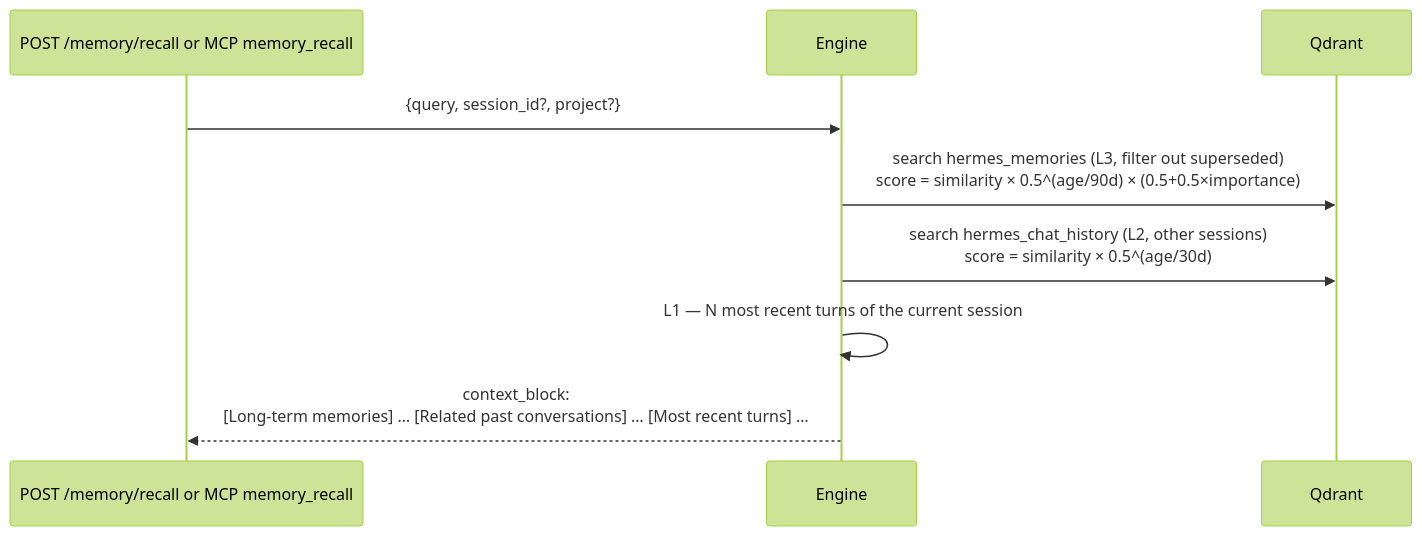
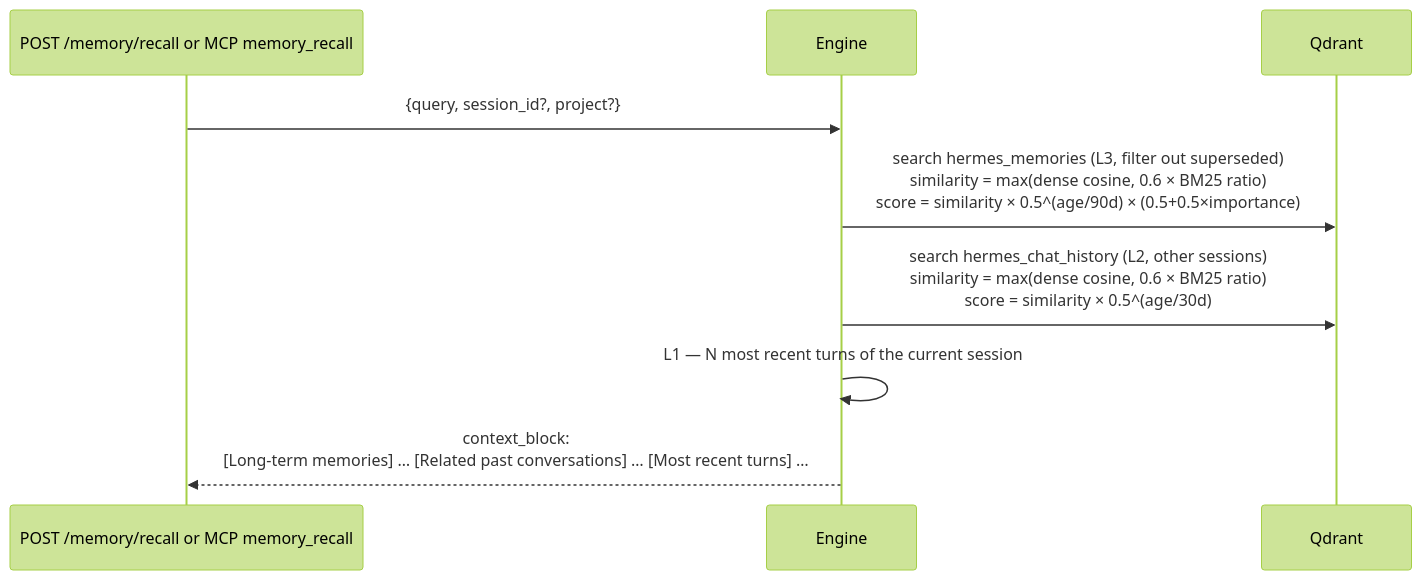
The fourth of 5 diagrams in ARCHITECTURE.md (ngocthanh06/hermes-longterm-memory), drawn with Mermaid (forest theme) before and after one commit. The commit also changed other lines of this file and 14 other files, not shown here.

````diff
--- a/ARCHITECTURE.md
+++ b/ARCHITECTURE.md
@@ -118,12 +118,12 @@
 ```mermaid
 sequenceDiagram
     participant Caller as POST /memory/recall or MCP memory_recall
     participant Engine
     participant Qdrant
 
     Caller->>Engine: {query, session_id?, project?}
-    Engine->>Qdrant: search hermes_memories (L3, filter out superseded)<br/>score = similarity × 0.5^(age/90d) × (0.5+0.5×importance)
-    Engine->>Qdrant: search hermes_chat_history (L2, other sessions)<br/>score = similarity × 0.5^(age/30d)
+    Engine->>Qdrant: search hermes_memories (L3, filter out superseded)<br/>similarity = max(dense cosine, 0.6 × BM25 ratio)<br/>score = similarity × 0.5^(age/90d) × (0.5+0.5×importance)
+    Engine->>Qdrant: search hermes_chat_history (L2, other sessions)<br/>similarity = max(dense cosine, 0.6 × BM25 ratio)<br/>score = similarity × 0.5^(age/30d)
     Engine->>Engine: L1 — N most recent turns of the current session
     Engine-->>Caller: context_block:<br/>[Long-term memories] … [Related past conversations] … [Most recent turns] …
 ```
````
